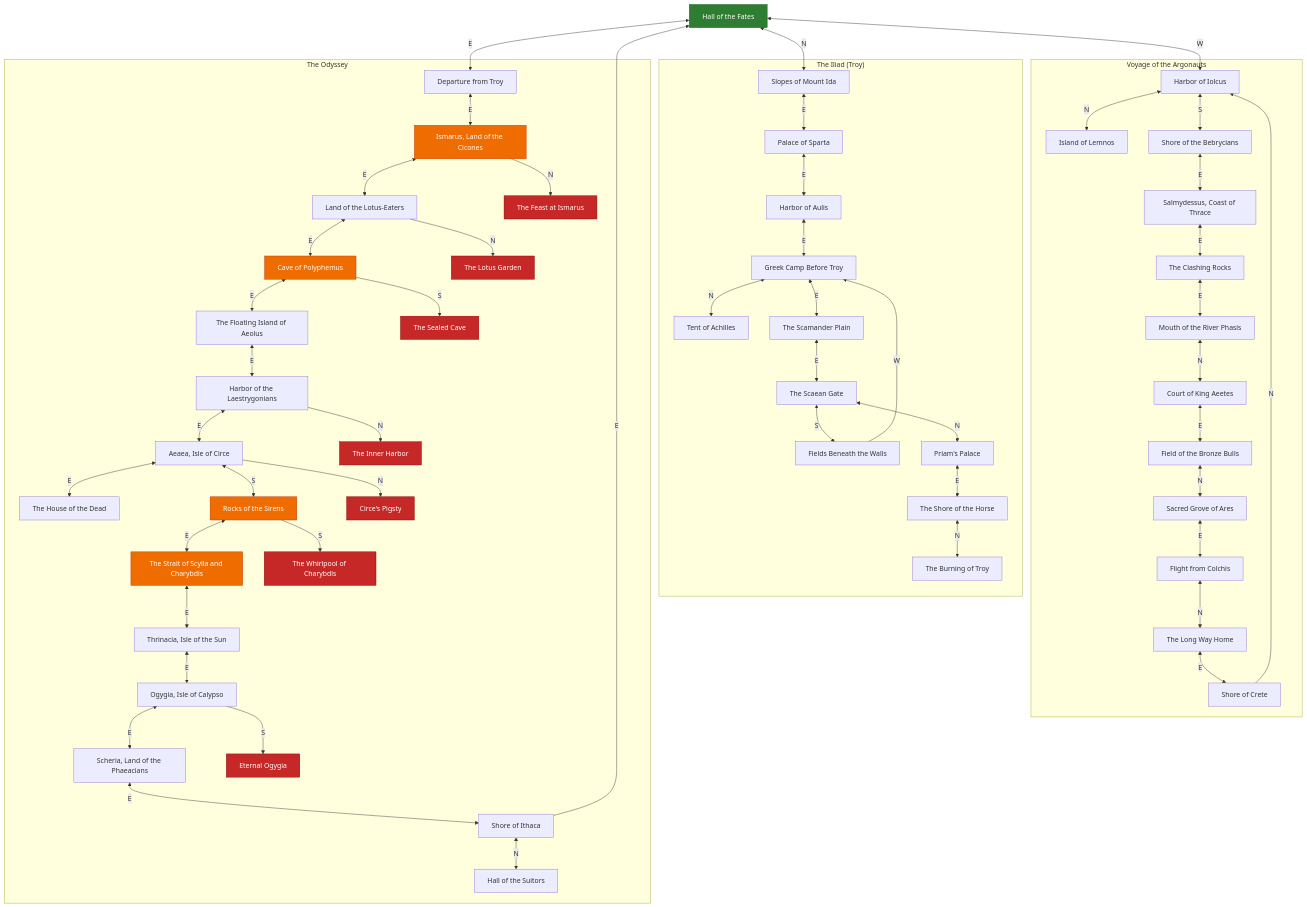
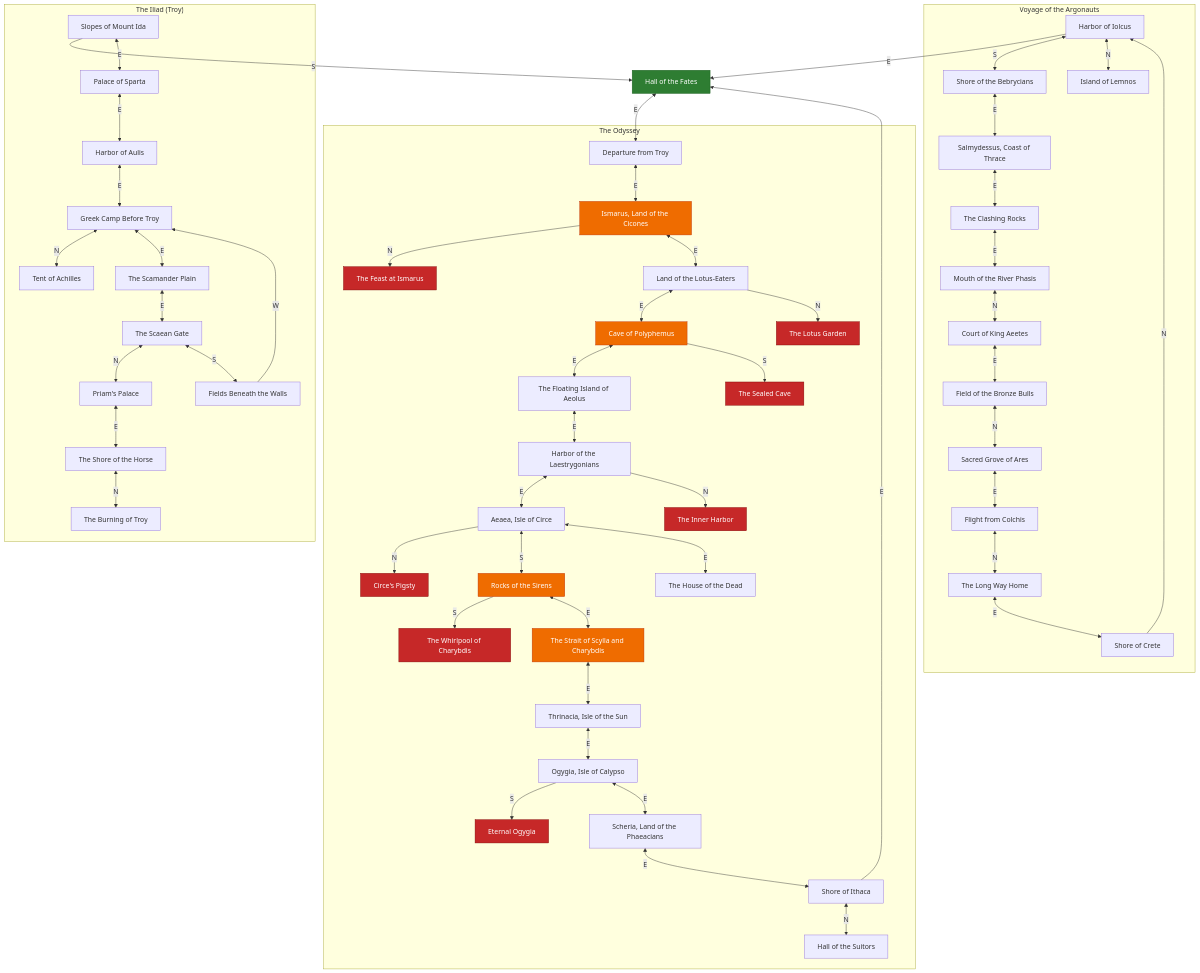
Before and after one commit to anju0618/The_Answer_Protocol: the second of 2 diagrams in README.md, drawn with Mermaid. The commit also changed other lines of this file and 4 other files, not shown here.

```diff
--- a/README.md
+++ b/README.md
@@ -426,9 +425,9 @@
     ody_pigsty["Circe's Pigsty"]
     ody_eternal_ogygia["Eternal Ogygia"]
   end
-  hall_of_fates <-->|W| argo_iolcus
   hall_of_fates <-->|E| ody_troy_shore
-  hall_of_fates <-->|N| troy_ida
+  argo_iolcus -->|E| hall_of_fates
+  troy_ida -->|S| hall_of_fates
   argo_iolcus <-->|S| argo_bebrycia
   argo_iolcus <-->|N| argo_lemnos
   ody_troy_shore <-->|E| ody_cicones
```
